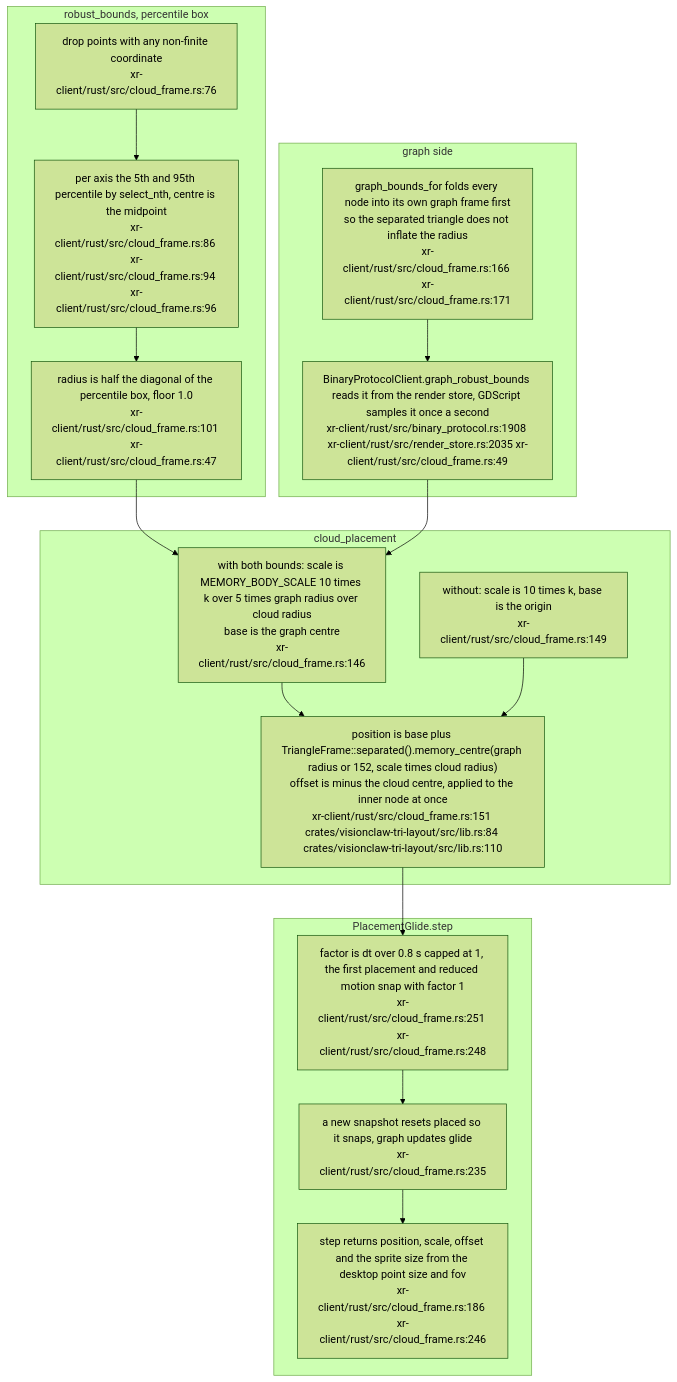
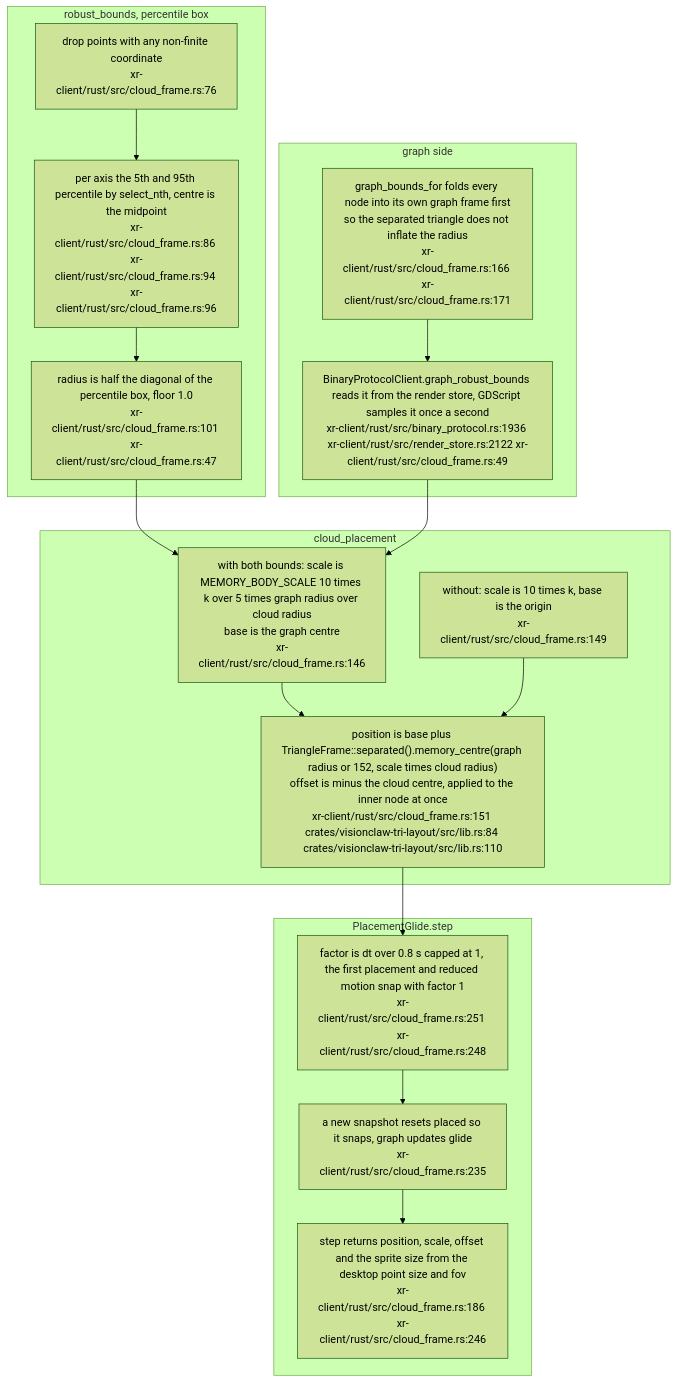
The sixth of 19 diagrams in docs/diagrams/visionclaw/38-xr-memory-cloud-internals.md (DreamLab-AI/VisionFlow), drawn with Mermaid (forest theme) before and after one commit. The commit also changed other lines of this file and 160 other files, not shown here.

````diff
--- a/docs/diagrams/visionclaw/38-xr-memory-cloud-internals.md
+++ b/docs/diagrams/visionclaw/38-xr-memory-cloud-internals.md
@@ -259,29 +259,29 @@
 ```mermaid
 flowchart TB
     subgraph bounds["robust_bounds, percentile box"]
         B1["drop points with any non-finite coordinate<br/>xr-client/rust/src/cloud_frame.rs:76"]
         B2["per axis the 5th and 95th percentile by select_nth, centre is the midpoint<br/>xr-client/rust/src/cloud_frame.rs:86 xr-client/rust/src/cloud_frame.rs:94 xr-client/rust/src/cloud_frame.rs:96"]
         B3["radius is half the diagonal of the percentile box, floor 1.0<br/>xr-client/rust/src/cloud_frame.rs:101 xr-client/rust/src/cloud_frame.rs:47"]
     end
     subgraph graph["graph side"]
         G1["graph_bounds_for folds every node into its own graph frame first<br/>so the separated triangle does not inflate the radius<br/>xr-client/rust/src/cloud_frame.rs:166 xr-client/rust/src/cloud_frame.rs:171"]
-        G2["BinaryProtocolClient.graph_robust_bounds reads it from the render store, GDScript samples it once a second<br/>xr-client/rust/src/binary_protocol.rs:1908 xr-client/rust/src/render_store.rs:2035 xr-client/rust/src/cloud_frame.rs:49"]
+        G2["BinaryProtocolClient.graph_robust_bounds reads it from the render store, GDScript samples it once a second<br/>xr-client/rust/src/binary_protocol.rs:1936 xr-client/rust/src/render_store.rs:2122 xr-client/rust/src/cloud_frame.rs:49"]
     end
     subgraph place["cloud_placement"]
         P1["with both bounds: scale is MEMORY_BODY_SCALE 10 times k over 5 times graph radius over cloud radius<br/>base is the graph centre<br/>xr-client/rust/src/cloud_frame.rs:146"]
         P2["without: scale is 10 times k, base is the origin<br/>xr-client/rust/src/cloud_frame.rs:149"]
         P3["position is base plus TriangleFrame::separated().memory_centre(graph radius or 152, scale times cloud radius)<br/>offset is minus the cloud centre, applied to the inner node at once<br/>xr-client/rust/src/cloud_frame.rs:151 crates/visionclaw-tri-layout/src/lib.rs:84 crates/visionclaw-tri-layout/src/lib.rs:110"]
     end
     subgraph glide["PlacementGlide.step"]
         D1["factor is dt over 0.8 s capped at 1, the first placement and reduced motion snap with factor 1<br/>xr-client/rust/src/cloud_frame.rs:251 xr-client/rust/src/cloud_frame.rs:248"]
         D2["a new snapshot resets placed so it snaps, graph updates glide<br/>xr-client/rust/src/cloud_frame.rs:235"]
         D3["step returns position, scale, offset and the sprite size from the desktop point size and fov<br/>xr-client/rust/src/cloud_frame.rs:186 xr-client/rust/src/cloud_frame.rs:246"]
     end
     B1 --> B2 --> B3
     G1 --> G2
     B3 --> P1
     G2 --> P1
     P1 --> P3
     P2 --> P3
     P3 --> D1 --> D2 --> D3
 ```
````
